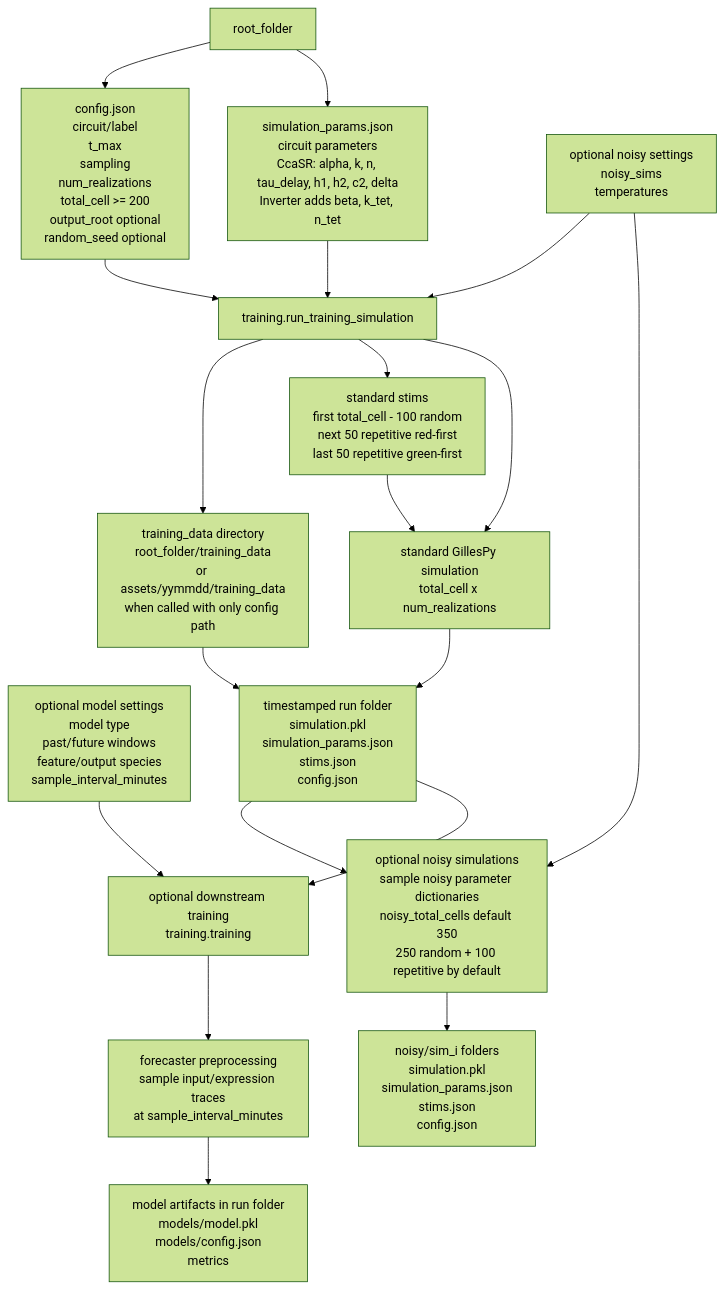
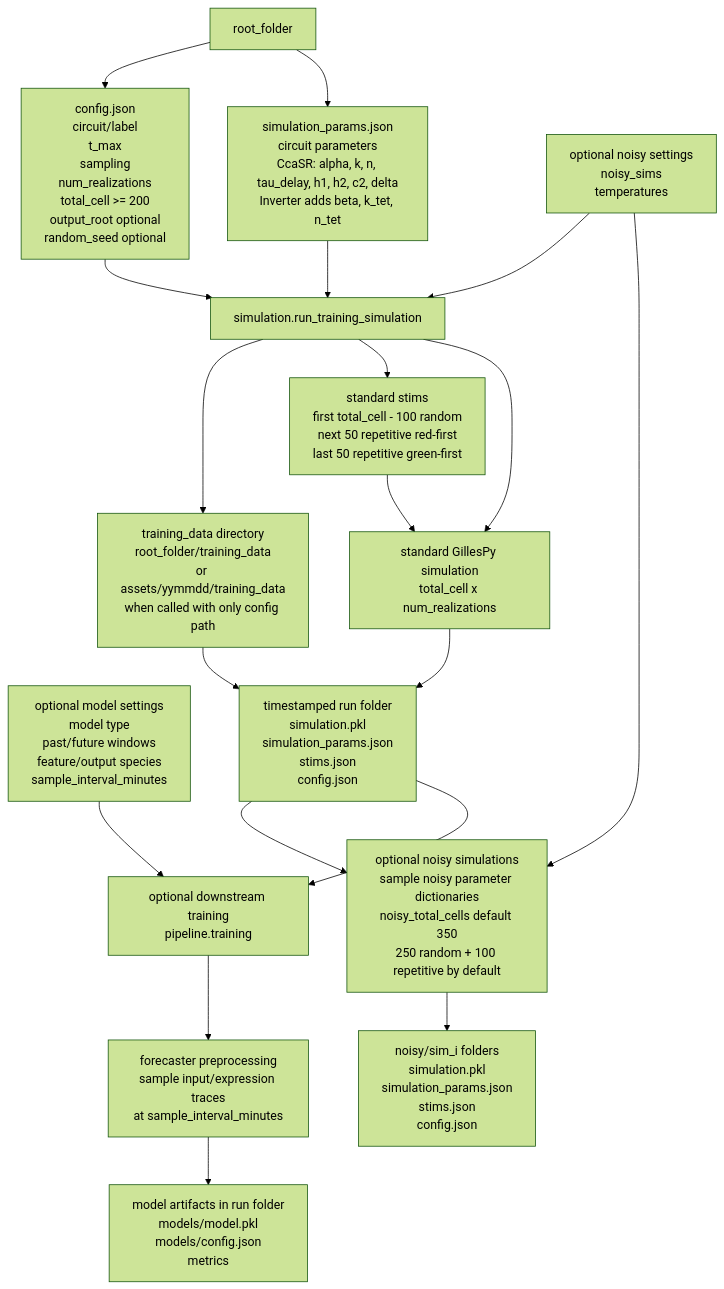
Before and after one commit to mhossein7/aisam: the first of 4 diagrams in README.md, drawn with Mermaid (forest theme). The commit also changed other lines of this file and 9 other files, not shown here.

````diff
--- a/README.md
+++ b/README.md
@@ -5,40 +5,40 @@
 ```mermaid
 graph TD
     root["root_folder"]
     cfg["config.json<br/>circuit/label<br/>t_max<br/>sampling<br/>num_realizations<br/>total_cell >= 200<br/>output_root optional<br/>random_seed optional"]
     params["simulation_params.json<br/>circuit parameters<br/>CcaSR: alpha, k, n, tau_delay, h1, h2, c2, delta<br/>Inverter adds beta, k_tet, n_tet"]
     noisy_opts["optional noisy settings<br/>noisy_sims<br/>temperatures"]
     model_opts["optional model settings<br/>model type<br/>past/future windows<br/>feature/output species<br/>sample_interval_minutes"]
 
-    run["training.run_training_simulation"]
+    run["simulation.run_training_simulation"]
     stims["standard stims<br/>first total_cell - 100 random<br/>next 50 repetitive red-first<br/>last 50 repetitive green-first"]
     sim["standard GillesPy simulation<br/>total_cell x num_realizations"]
     out["training_data directory<br/>root_folder/training_data<br/>or assets/yymmdd/training_data<br/>when called with only config path"]
     saved["timestamped run folder<br/>simulation.pkl<br/>simulation_params.json<br/>stims.json<br/>config.json"]
 
     noisy["optional noisy simulations<br/>sample noisy parameter dictionaries<br/>noisy_total_cells default 350<br/>250 random + 100 repetitive by default"]
     noisy_saved["noisy/sim_i folders<br/>simulation.pkl<br/>simulation_params.json<br/>stims.json<br/>config.json"]
 
-    train["optional downstream training<br/>training.training"]
+    train["optional downstream training<br/>pipeline.training"]
     preprocess["forecaster preprocessing<br/>sample input/expression traces<br/>at sample_interval_minutes"]
     model["model artifacts in run folder<br/>models/model.pkl<br/>models/config.json<br/>metrics"]
 
     root --> cfg
     root --> params
     cfg --> run
     params --> run
     noisy_opts --> run
     run --> out
     run --> stims
     stims --> sim
     run --> sim
     out --> saved
     sim --> saved
     noisy_opts --> noisy
     saved --> noisy
     noisy --> noisy_saved
     model_opts --> train
     saved --> train
     train --> preprocess
     preprocess --> model
 ```
````
